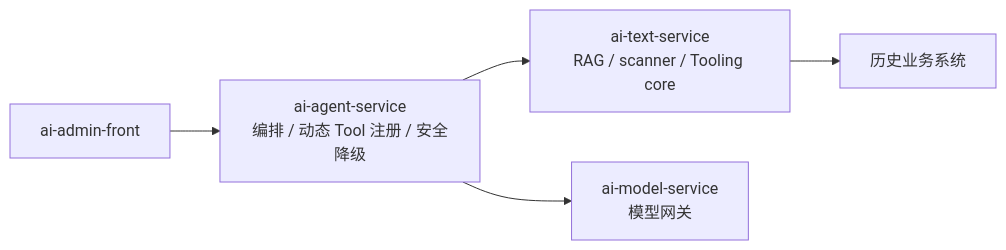
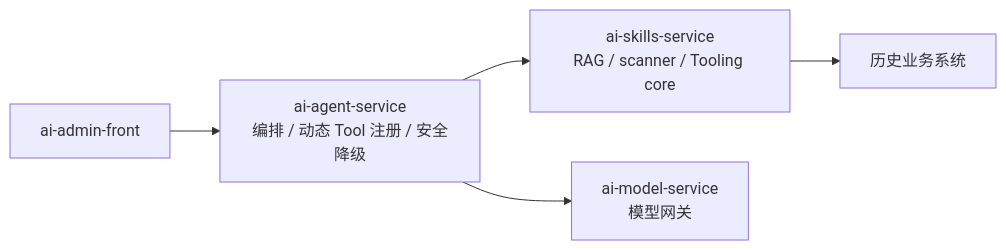
Before and after one commit to w8123/EnterpriseAgentFramework: the diagram in docs/AI能力系统升级规划.md, drawn with Mermaid. The commit also changed other lines of this file and 234 other files, not shown here.

````diff
--- a/docs/AI能力系统升级规划.md
+++ b/docs/AI能力系统升级规划.md
@@ -46,13 +46,13 @@
 ```mermaid
 flowchart LR
     Admin["ai-admin-front"]
     Agent["ai-agent-service\n编排 / 动态 Tool 注册 / 安全降级"]
-    Text["ai-text-service\nRAG / scanner / Tooling core"]
+    Text["ai-skills-service\nRAG / scanner / Tooling core"]
     Model["ai-model-service\n模型网关"]
     Legacy["历史业务系统"]
 
     Admin --> Agent
     Agent --> Text
     Agent --> Model
     Text --> Legacy
 ```
````
